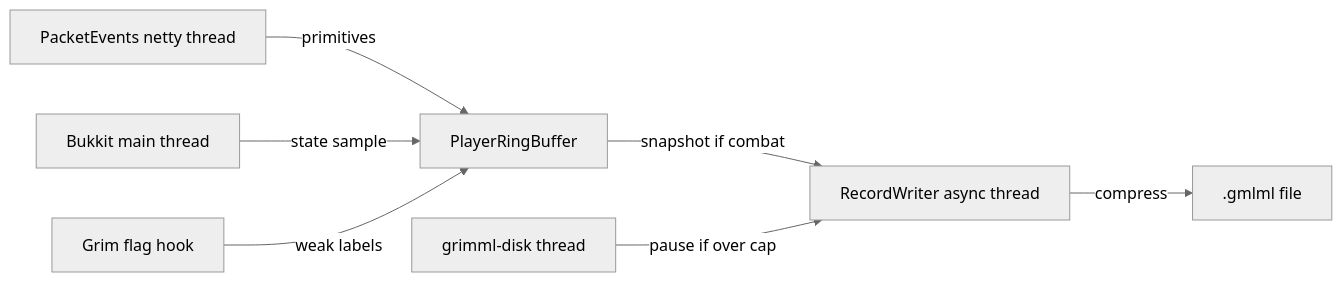
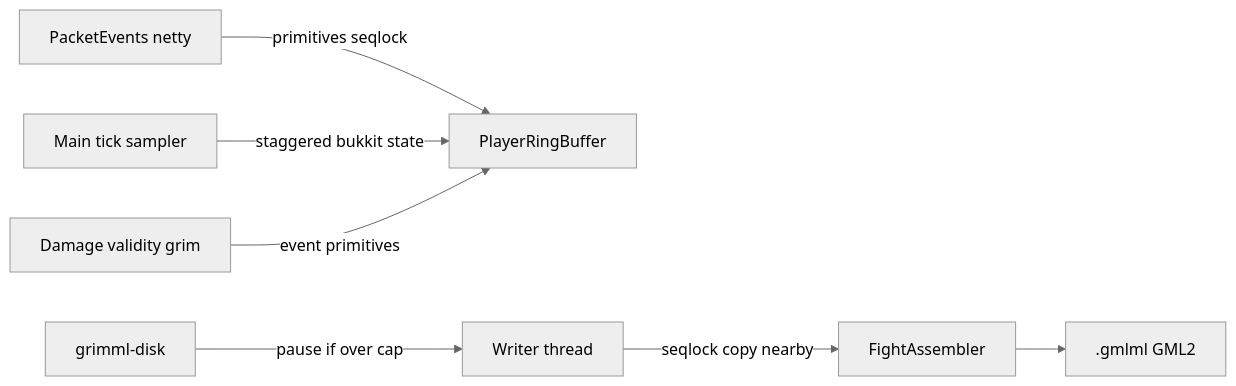
The diagram in docs/architecture.md (vanillaxtra/grimml), drawn with Mermaid (neutral theme) before and after one commit. The commit also changed other lines of this file and 4 other files, not shown here.

Commit message:
docs: describe gml2 fight windows and mark command

````diff
--- a/docs/architecture.md
+++ b/docs/architecture.md
@@ -39,9 +32,9 @@
 ```mermaid
 flowchart LR
-    A[PacketEvents netty thread] -->|primitives| B[PlayerRingBuffer]
-    C[Bukkit main thread] -->|state sample| B
-    D[Grim flag hook] -->|weak labels| B
-    B -->|snapshot if combat| E[RecordWriter async thread]
-    E -->|compress| F[.gmlml file]
-    G[grimml-disk thread] -->|pause if over cap| E
+    A[PacketEvents netty] -->|primitives seqlock| B[PlayerRingBuffer]
+    C[Main tick sampler] -->|staggered bukkit state| B
+    D[Damage validity grim] -->|event primitives| B
+    E[Writer thread] -->|seqlock copy nearby| F[FightAssembler]
+    F --> G[.gmlml GML2]
+    H[grimml-disk] -->|pause if over cap| E
 ```
````
